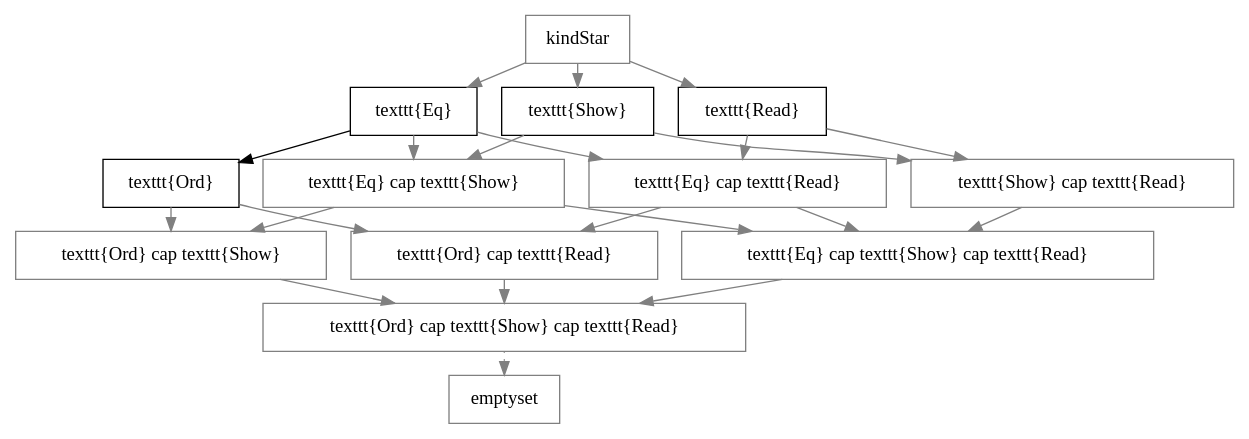
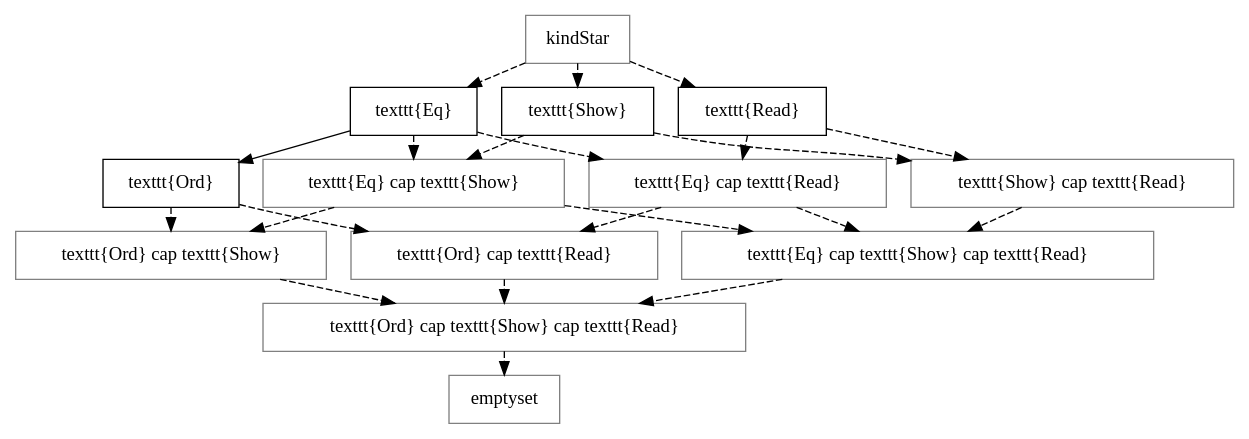
Before and after one commit to xkollar/thesis-mgr-2011: the diagram in text/diagram/kinds_star2.dot, drawn with Graphviz. The commit also changed 7 other files, not shown here.

Commit message:
Diagrams more unified.

```diff
--- a/text/diagram/kinds_star2.dot
+++ b/text/diagram/kinds_star2.dot
@@ -1,43 +1,43 @@
 digraph kinds {
 	graph [ranksep=0.25];
 	node [shape=box];
 
 	"\kindStar" [color=gray];
 	"\texttt{Eq} \cap \texttt{Show}" [color=gray];
 	"\texttt{Eq} \cap \texttt{Read}" [color=gray];
 	"\texttt{Ord} \cap \texttt{Show}" [color=gray];
 	"\texttt{Show} \cap \texttt{Read}" [color=gray];
 	"\texttt{Ord} \cap \texttt{Show}" [color=gray];
 	"\texttt{Ord} \cap \texttt{Read}" [color=gray];
 	"\texttt{Eq} \cap \texttt{Show} \cap \texttt{Read}" [color=gray];
 	"\texttt{Ord} \cap \texttt{Show} \cap \texttt{Read}" [color=gray];
 	"\emptyset" [color=gray];
 
 
-	"\kindStar" -> "\texttt{Eq}" [color=gray];
-	"\kindStar" -> "\texttt{Show}" [color=gray];
-	"\kindStar" -> "\texttt{Read}" [color=gray];
+	"\kindStar" -> "\texttt{Eq}" [style=dashed];
+	"\kindStar" -> "\texttt{Show}" [style=dashed];
+	"\kindStar" -> "\texttt{Read}" [style=dashed];
 	// {rank=same; "\texttt{Eq}"; "\texttt{Show}"; "\texttt{Read}"};
 
 	"\texttt{Eq}" -> "\texttt{Ord}";
-	"\texttt{Eq}" -> "\texttt{Eq} \cap \texttt{Show}" [color=gray];
-	"\texttt{Eq}" -> "\texttt{Eq} \cap \texttt{Read}" [color=gray];
-	"\texttt{Show}" -> "\texttt{Eq} \cap \texttt{Show}" [color=gray];
-	"\texttt{Show}" -> "\texttt{Show} \cap \texttt{Read}" [color=gray];
-	"\texttt{Read}" -> "\texttt{Eq} \cap \texttt{Read}" [color=gray];
-	"\texttt{Read}" -> "\texttt{Show} \cap \texttt{Read}" [color=gray];
+	"\texttt{Eq}" -> "\texttt{Eq} \cap \texttt{Show}" [style=dashed];
+	"\texttt{Eq}" -> "\texttt{Eq} \cap \texttt{Read}" [style=dashed];
+	"\texttt{Show}" -> "\texttt{Eq} \cap \texttt{Show}" [style=dashed];
+	"\texttt{Show}" -> "\texttt{Show} \cap \texttt{Read}" [style=dashed];
+	"\texttt{Read}" -> "\texttt{Eq} \cap \texttt{Read}" [style=dashed];
+	"\texttt{Read}" -> "\texttt{Show} \cap \texttt{Read}" [style=dashed];
 
-	"\texttt{Ord}" -> "\texttt{Ord} \cap \texttt{Show}" [color=gray];
-	"\texttt{Ord}" -> "\texttt{Ord} \cap \texttt{Read}" [color=gray];
-	"\texttt{Eq} \cap \texttt{Show}" -> "\texttt{Ord} \cap \texttt{Show}" [color=gray];
-	"\texttt{Eq} \cap \texttt{Show}" -> "\texttt{Eq} \cap \texttt{Show} \cap \texttt{Read}" [color=gray];
-	"\texttt{Eq} \cap \texttt{Read}" -> "\texttt{Ord} \cap \texttt{Read}" [color=gray];
-	"\texttt{Eq} \cap \texttt{Read}" -> "\texttt{Eq} \cap \texttt{Show} \cap \texttt{Read}" [color=gray];
-	"\texttt{Show} \cap \texttt{Read}" -> "\texttt{Eq} \cap \texttt{Show} \cap \texttt{Read}" [color=gray];
+	"\texttt{Ord}" -> "\texttt{Ord} \cap \texttt{Show}" [style=dashed];
+	"\texttt{Ord}" -> "\texttt{Ord} \cap \texttt{Read}" [style=dashed];
+	"\texttt{Eq} \cap \texttt{Show}" -> "\texttt{Ord} \cap \texttt{Show}" [style=dashed];
+	"\texttt{Eq} \cap \texttt{Show}" -> "\texttt{Eq} \cap \texttt{Show} \cap \texttt{Read}" [style=dashed];
+	"\texttt{Eq} \cap \texttt{Read}" -> "\texttt{Ord} \cap \texttt{Read}" [style=dashed];
+	"\texttt{Eq} \cap \texttt{Read}" -> "\texttt{Eq} \cap \texttt{Show} \cap \texttt{Read}" [style=dashed];
+	"\texttt{Show} \cap \texttt{Read}" -> "\texttt{Eq} \cap \texttt{Show} \cap \texttt{Read}" [style=dashed];
 
-	"\texttt{Ord} \cap \texttt{Show}" -> "\texttt{Ord} \cap \texttt{Show} \cap \texttt{Read}" [color=gray];
-	"\texttt{Ord} \cap \texttt{Read}" -> "\texttt{Ord} \cap \texttt{Show} \cap \texttt{Read}" [color=gray];
-	"\texttt{Eq} \cap \texttt{Show} \cap \texttt{Read}" -> "\texttt{Ord} \cap \texttt{Show} \cap \texttt{Read}" [color=gray];
+	"\texttt{Ord} \cap \texttt{Show}" -> "\texttt{Ord} \cap \texttt{Show} \cap \texttt{Read}" [style=dashed];
+	"\texttt{Ord} \cap \texttt{Read}" -> "\texttt{Ord} \cap \texttt{Show} \cap \texttt{Read}" [style=dashed];
+	"\texttt{Eq} \cap \texttt{Show} \cap \texttt{Read}" -> "\texttt{Ord} \cap \texttt{Show} \cap \texttt{Read}" [style=dashed];
 
-	"\texttt{Ord} \cap \texttt{Show} \cap \texttt{Read}" -> "\emptyset" [style=dotted,color=gray];
+	"\texttt{Ord} \cap \texttt{Show} \cap \texttt{Read}" -> "\emptyset" [style=dashed];
 }
```
